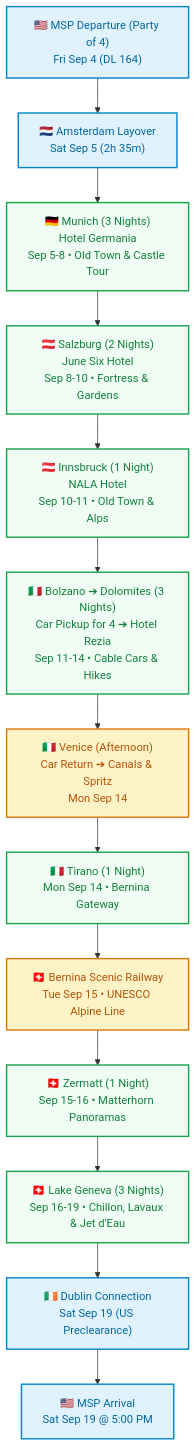
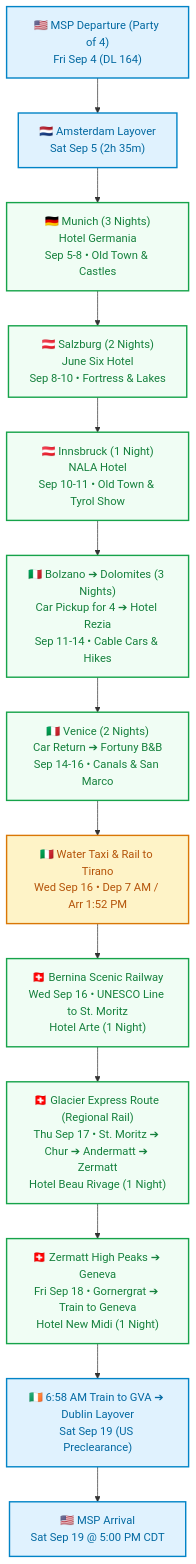
One commit to mrkm32/europe-trip-2026 changed the diagram in Europe_Grand_Alpine_Tour_2026.md. Above: the diagram before and after it, drawn with Mermaid. The commit also changed other lines of this file and 3 other files, not shown here.

Commit message:
Integrate Madeline Gmail itinerary: Venice, St. Moritz, Glacier Route, Zermatt & Geneva (v3.20)

````diff
--- a/Europe_Grand_Alpine_Tour_2026.md
+++ b/Europe_Grand_Alpine_Tour_2026.md
@@ -45,23 +46,23 @@
 ```mermaid
 flowchart TD
     A["🇺🇸 MSP Departure (Party of 4)<br/>Fri Sep 4 (DL 164)"] --> B["🇳🇱 Amsterdam Layover<br/>Sat Sep 5 (2h 35m)"]
-    B --> C["🇩🇪 Munich (3 Nights)<br/>Hotel Germania<br/>Sep 5-8 • Old Town & Castle Tour"]
-    C --> D["🇦🇹 Salzburg (2 Nights)<br/>June Six Hotel<br/>Sep 8-10 • Fortress & Gardens"]
-    D --> E["🇦🇹 Innsbruck (1 Night)<br/>NALA Hotel<br/>Sep 10-11 • Old Town & Alps"]
+    B --> C["🇩🇪 Munich (3 Nights)<br/>Hotel Germania<br/>Sep 5-8 • Old Town & Castles"]
+    C --> D["🇦🇹 Salzburg (2 Nights)<br/>June Six Hotel<br/>Sep 8-10 • Fortress & Lakes"]
+    D --> E["🇦🇹 Innsbruck (1 Night)<br/>NALA Hotel<br/>Sep 10-11 • Old Town & Tyrol Show"]
     E --> F["🇮🇹 Bolzano ➔ Dolomites (3 Nights)<br/>Car Pickup for 4 ➔ Hotel Rezia<br/>Sep 11-14 • Cable Cars & Hikes"]
-    F --> G["🇮🇹 Venice (Afternoon)<br/>Car Return ➔ Canals & Spritz<br/>Mon Sep 14"]
-    G --> H["🇮🇹 Tirano (1 Night)<br/>Mon Sep 14 • Bernina Gateway"]
-    H --> I["🇨🇭 Bernina Scenic Railway<br/>Tue Sep 15 • UNESCO Alpine Line"]
-    I --> J["🇨🇭 Zermatt (1 Night)<br/>Sep 15-16 • Matterhorn Panoramas"]
-    J --> K["🇨🇭 Lake Geneva (3 Nights)<br/>Sep 16-19 • Chillon, Lavaux & Jet d'Eau"]
-    K --> L["🇮🇪 Dublin Connection<br/>Sat Sep 19 (US Preclearance)"]
-    L --> M["🇺🇸 MSP Arrival<br/>Sat Sep 19 @ 5:00 PM"]
+    F --> G["🇮🇹 Venice (2 Nights)<br/>Car Return ➔ Fortuny B&B<br/>Sep 14-16 • Canals & San Marco"]
+    G --> H["🇮🇹 Water Taxi & Rail to Tirano<br/>Wed Sep 16 • Dep 7 AM / Arr 1:52 PM"]
+    H --> I["🇨🇭 Bernina Scenic Railway<br/>Wed Sep 16 • UNESCO Line to St. Moritz<br/>Hotel Arte (1 Night)"]
+    I --> J["🇨🇭 Glacier Express Route (Regional Rail)<br/>Thu Sep 17 • St. Moritz ➔ Chur ➔ Andermatt ➔ Zermatt<br/>Hotel Beau Rivage (1 Night)"]
+    J --> K["🇨🇭 Zermatt High Peaks ➔ Geneva<br/>Fri Sep 18 • Gornergrat ➔ Train to Geneva<br/>Hotel New Midi (1 Night)"]
+    K --> L["🇮🇪 6:58 AM Train to GVA ➔ Dublin Layover<br/>Sat Sep 19 (US Preclearance)"]
+    L --> M["🇺🇸 MSP Arrival<br/>Sat Sep 19 @ 5:00 PM CDT"]
 
     classDef flight fill:#e0f2fe,stroke:#0284c7,stroke-width:2px,color:#0369a1;
     classDef stay fill:#f0fdf4,stroke:#16a34a,stroke-width:2px,color:#15803d;
     classDef transit fill:#fef3c7,stroke:#d97706,stroke-width:2px,color:#b45309;
 
     class A,B,L,M flight;
-    class C,D,E,F,H,J,K stay;
-    class G,I transit;
+    class C,D,E,F,G,I,J,K stay;
+    class H transit;
 ```
````
